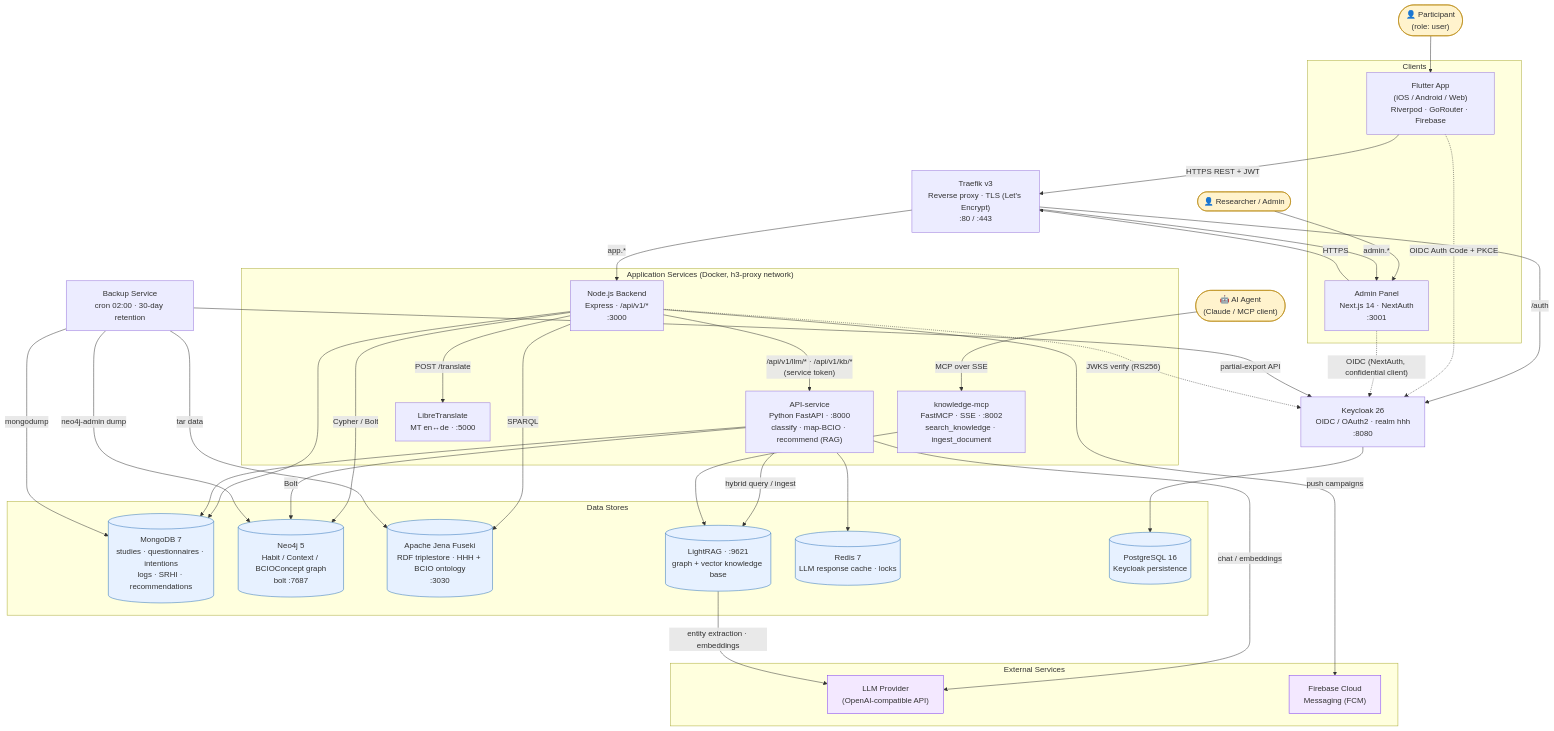
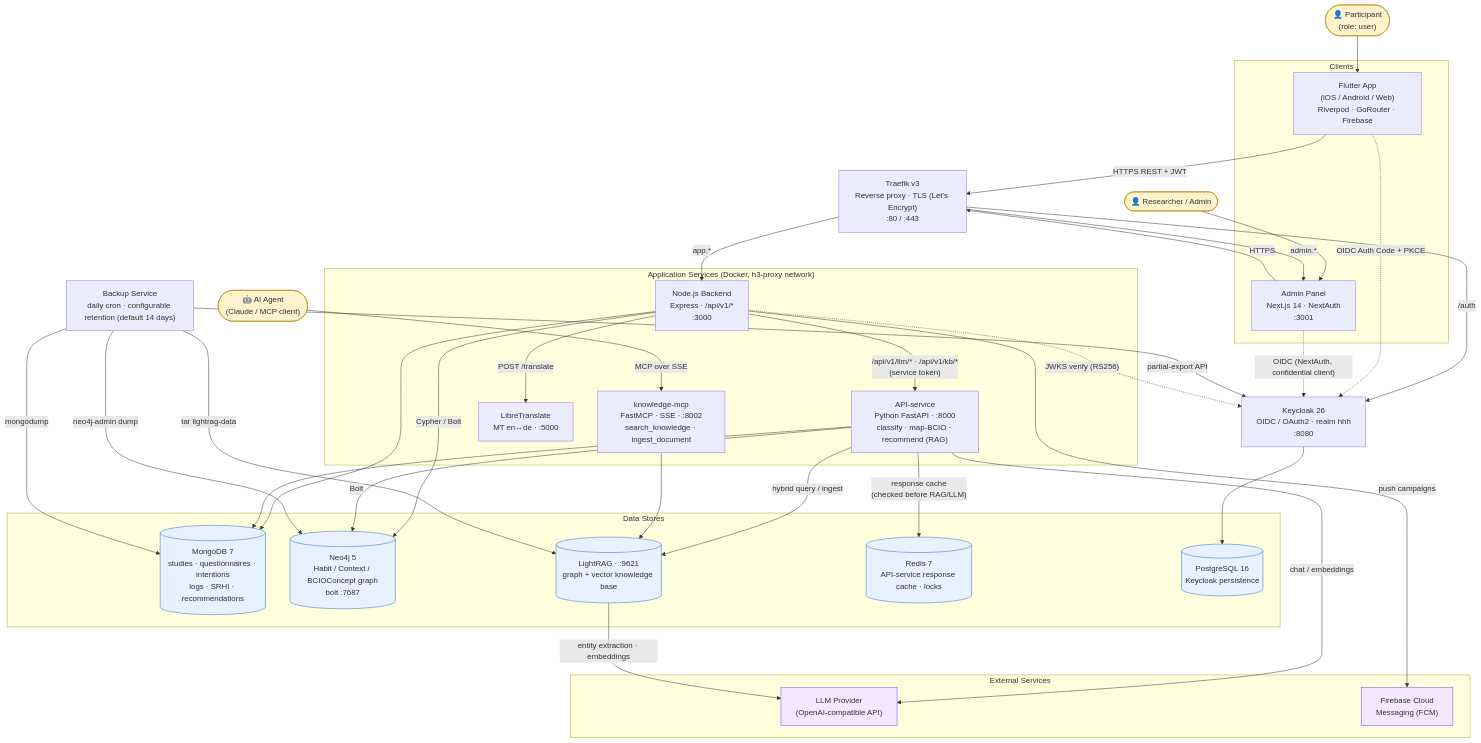
The diagram in docs/diagrams/architecture/system-architecture.mmd (Bulgy404/health-habit-hub), drawn with Mermaid before and after one commit. The commit also changed 7 other files, not shown here.

Commit message:
fix: retire Fuseki from architecture and documentation; update backup service details

```diff
--- a/docs/diagrams/architecture/system-architecture.mmd
+++ b/docs/diagrams/architecture/system-architecture.mmd
@@ -1,96 +1,94 @@
 %% Health Habit Hub — System Architecture (C4-style container diagram)
 %% Source of truth: docker-compose.yml, docs/architecture.md
 %% Render: mmdc -i system-architecture.mmd -o system-architecture.svg
 
 flowchart TB
     %% ------- Actors -------
     participant_actor(["👤 Participant<br/>(role: user)"])
     researcher_actor(["👤 Researcher / Admin"])
     agent_actor(["🤖 AI Agent<br/>(Claude / MCP client)"])
 
     %% ------- Clients -------
     subgraph clients["Clients"]
         flutter["Flutter App<br/>(iOS / Android / Web)<br/>Riverpod · GoRouter · Firebase"]
         adminui["Admin Panel<br/>Next.js 14 · NextAuth<br/>:3001"]
     end
 
     %% ------- Edge -------
     traefik["Traefik v3<br/>Reverse proxy · TLS (Let's Encrypt)<br/>:80 / :443"]
 
     %% ------- Application layer -------
     subgraph appsvc["Application Services (Docker, h3-proxy network)"]
         backend["Node.js Backend<br/>Express · /api/v1/*<br/>:3000"]
         apiservice["API-service<br/>Python FastAPI · :8000<br/>classify · map-BCIO · recommend (RAG)"]
         knowledgemcp["knowledge-mcp<br/>FastMCP · SSE · :8002<br/>search_knowledge · ingest_document"]
         translate["LibreTranslate<br/>MT en↔de · :5000"]
     end
 
     %% ------- Identity -------
     keycloak["Keycloak 26<br/>OIDC / OAuth2 · realm hhh<br/>:8080"]
 
     %% ------- Data layer -------
     subgraph data["Data Stores"]
         mongo[("MongoDB 7<br/>studies · questionnaires · intentions<br/>logs · SRHI · recommendations")]
         neo4j[("Neo4j 5<br/>Habit / Context / BCIOConcept graph<br/>bolt :7687")]
-        fuseki[("Apache Jena Fuseki<br/>RDF triplestore · HHH + BCIO ontology<br/>:3030")]
         lightrag[("LightRAG · :9621<br/>graph + vector knowledge base")]
-        redis[("Redis 7<br/>LLM response cache · locks")]
+        redis[("Redis 7<br/>API-service response cache · locks")]
         postgres[("PostgreSQL 16<br/>Keycloak persistence")]
     end
 
     %% ------- External -------
     subgraph external["External Services"]
         llm["LLM Provider<br/>(OpenAI-compatible API)"]
         fcm["Firebase Cloud<br/>Messaging (FCM)"]
     end
 
     %% ------- Ops -------
-    backup["Backup Service<br/>cron 02:00 · 30-day retention"]
+    backup["Backup Service<br/>daily cron · configurable retention (default 14 days)"]
 
     %% ------- Edges: actors -------
     participant_actor --> flutter
     researcher_actor --> adminui
     agent_actor -- "MCP over SSE" --> knowledgemcp
 
     %% ------- Edges: clients → edge -------
     flutter -- "HTTPS REST + JWT" --> traefik
     adminui -- "HTTPS" --> traefik
     traefik -- "app.*" --> backend
     traefik -- "admin.*" --> adminui
     traefik -- "/auth" --> keycloak
 
     %% ------- Edges: auth -------
     flutter -. "OIDC Auth Code + PKCE" .-> keycloak
     adminui -. "OIDC (NextAuth, confidential client)" .-> keycloak
     backend -. "JWKS verify (RS256)" .-> keycloak
     keycloak --> postgres
 
     %% ------- Edges: backend -------
     backend --> mongo
     backend -- "Cypher / Bolt" --> neo4j
-    backend -- "SPARQL" --> fuseki
     backend -- "POST /translate" --> translate
     backend -- "/api/v1/llm/* · /api/v1/kb/*<br/>(service token)" --> apiservice
     backend -- "push campaigns" --> fcm
 
     %% ------- Edges: AI service -------
     apiservice -- "chat / embeddings" --> llm
     apiservice -- "hybrid query / ingest" --> lightrag
-    apiservice --> redis
+    apiservice -- "response cache<br/>(checked before RAG/LLM)" --> redis
     apiservice --> mongo
     apiservice -- "Bolt" --> neo4j
     knowledgemcp --> lightrag
     lightrag -- "entity extraction · embeddings" --> llm
 
     %% ------- Edges: ops -------
     backup -- "mongodump" --> mongo
     backup -- "neo4j-admin dump" --> neo4j
-    backup -- "tar data" --> fuseki
+    backup -- "tar lightrag-data" --> lightrag
     backup -- "partial-export API" --> keycloak
 
     classDef actor fill:#fff3cd,stroke:#b8860b
     classDef store fill:#e7f1ff,stroke:#2a6fb8
     classDef ext fill:#f3e8ff,stroke:#7c3aed
     class participant_actor,researcher_actor,agent_actor actor
-    class mongo,neo4j,fuseki,lightrag,redis,postgres store
+    class mongo,neo4j,lightrag,redis,postgres store
     class llm,fcm ext
```
